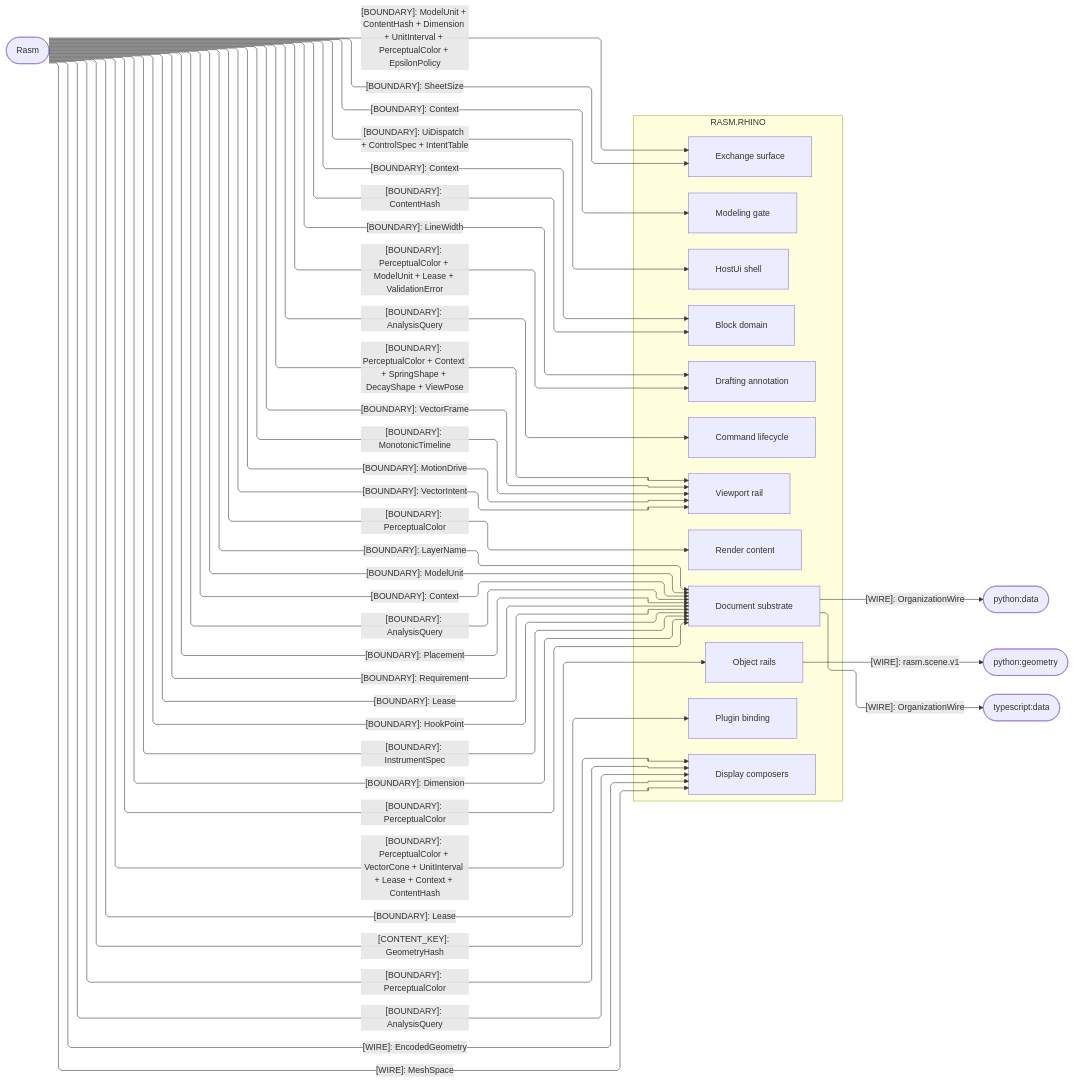
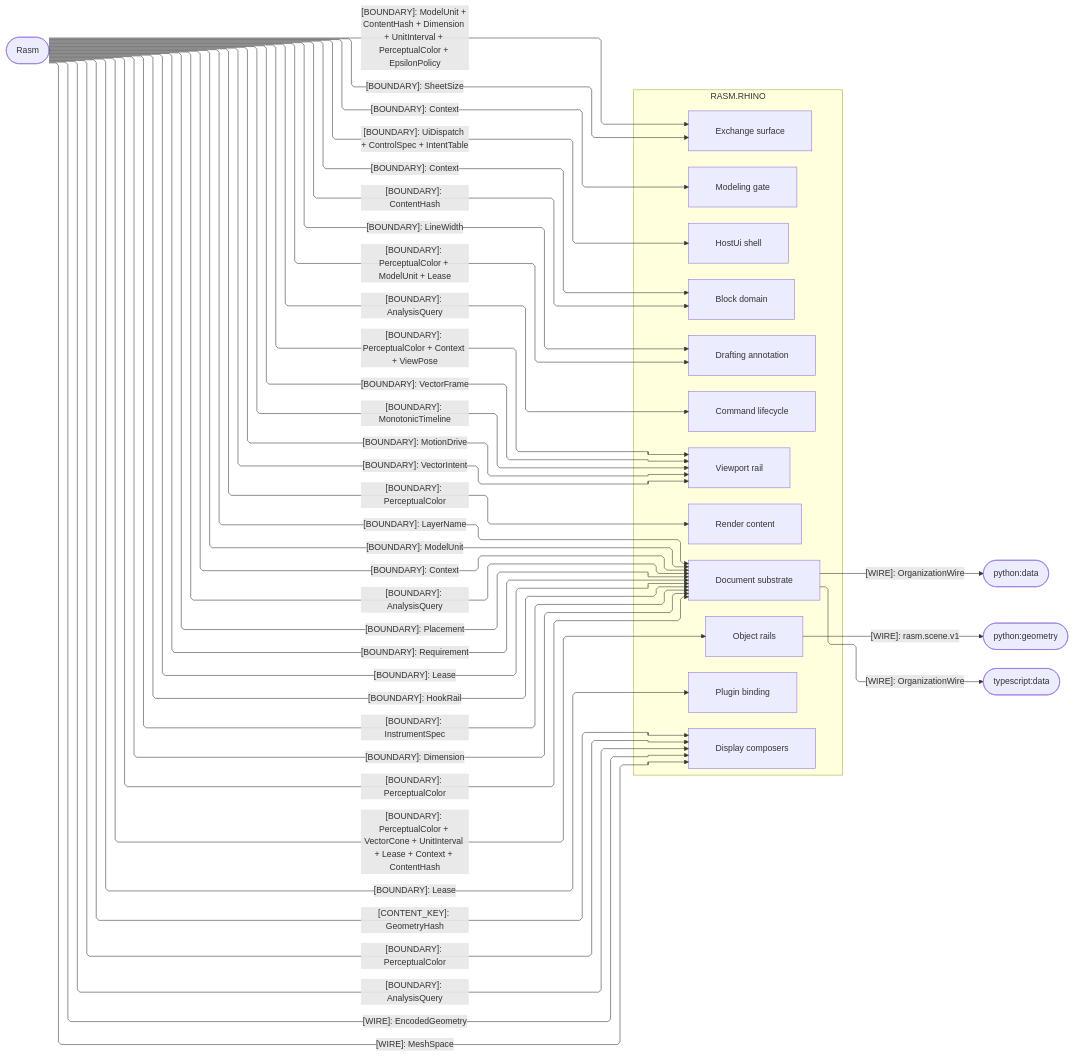
Before and after one commit to bsamiee/Rasm: the second of 3 diagrams in libs/csharp/Rasm.Rhino/ARCHITECTURE.md, drawn with Mermaid. The commit also changed other lines of this file and 56 other files, not shown here.

````diff
--- a/libs/csharp/Rasm.Rhino/ARCHITECTURE.md
+++ b/libs/csharp/Rasm.Rhino/ARCHITECTURE.md
@@ -173,66 +173,66 @@
 ```mermaid
 ---
 config:
   layout: elk
   flowchart:
     curve: linear
     padding: 25
 ---
 flowchart LR
     accTitle: Rasm.Rhino kernel-boundary seams
     accDescr: Which frozen-name kernel contracts the Rhino boundary consumes, one edge per contract family, and which wires its bands emit to peers.
     subgraph rhino[RASM.RHINO]
         Document[Document substrate]
         Objects[Object rails]
         Commands[Command lifecycle]
         Blocks[Block domain]
         Modeling[Modeling gate]
         Annotation[Drafting annotation]
         Viewport[Viewport rail]
         Display[Display composers]
         Render[Render content]
         Exchange[Exchange surface]
         HostUi[HostUi shell]
         Plugin[Plugin binding]
     end
     Rasm([Rasm])
     PyData([python:data])
     PyGeometry([python:geometry])
     TsData([typescript:data])
     Rasm e1@-->|"[BOUNDARY]: ModelUnit"| Document
     Rasm e2@-->|"[BOUNDARY]: Context"| Document
     Rasm e3@-->|"[BOUNDARY]: AnalysisQuery"| Document
     Rasm e4@-->|"[BOUNDARY]: Placement"| Document
     Rasm e5@-->|"[BOUNDARY]: Requirement"| Document
     Rasm e6@-->|"[BOUNDARY]: Lease"| Document
-    Rasm e7@-->|"[BOUNDARY]: HookPoint"| Document
+    Rasm e7@-->|"[BOUNDARY]: HookRail"| Document
     Rasm e8@-->|"[BOUNDARY]: InstrumentSpec"| Document
     Rasm e9@-->|"[BOUNDARY]: Dimension"| Document
     Rasm e10@-->|"[BOUNDARY]: PerceptualColor"| Document
     Rasm e11@-->|"[BOUNDARY]: LayerName"| Document
     Rasm e12@-->|"[BOUNDARY]: VectorFrame"| Viewport
     Rasm e13@-->|"[BOUNDARY]: AnalysisQuery"| Commands
     Rasm e14@-->|"[BOUNDARY]: UiDispatch + ControlSpec + IntentTable"| HostUi
     Rasm e15@-->|"[BOUNDARY]: MonotonicTimeline"| Viewport
     Rasm e16@-->|"[BOUNDARY]: MotionDrive"| Viewport
     Rasm e17@-->|"[BOUNDARY]: SheetSize"| Exchange
     Rasm e18@-->|"[BOUNDARY]: VectorIntent"| Viewport
     Rasm e19@-->|"[BOUNDARY]: Context"| Modeling
     Rasm e20@-->|"[BOUNDARY]: ContentHash"| Blocks
     Rasm e21@-->|"[BOUNDARY]: PerceptualColor"| Display
     Rasm e22@-->|"[BOUNDARY]: AnalysisQuery"| Display
     Rasm e23@-->|"[BOUNDARY]: PerceptualColor"| Render
-    Rasm e24@-->|"[BOUNDARY]: PerceptualColor + Context + SpringShape + DecayShape + ViewPose"| Viewport
-    Rasm e25@-->|"[BOUNDARY]: PerceptualColor + ModelUnit + Lease + ValidationError"| Annotation
+    Rasm e24@-->|"[BOUNDARY]: PerceptualColor + Context + ViewPose"| Viewport
+    Rasm e25@-->|"[BOUNDARY]: PerceptualColor + ModelUnit + Lease"| Annotation
     Rasm e26@-->|"[BOUNDARY]: LineWidth"| Annotation
     Rasm e27@-->|"[BOUNDARY]: Context"| Blocks
     Rasm e28@-->|"[BOUNDARY]: ModelUnit + ContentHash + Dimension + UnitInterval + PerceptualColor + EpsilonPolicy"| Exchange
     Rasm e29@-->|"[BOUNDARY]: Lease"| Plugin
     Rasm e30@-->|"[WIRE]: EncodedGeometry"| Display
     Rasm e31@-->|"[WIRE]: MeshSpace"| Display
     Rasm e32@-->|"[CONTENT_KEY]: GeometryHash"| Display
     Rasm e33@-->|"[BOUNDARY]: PerceptualColor + VectorCone + UnitInterval + Lease + Context + ContentHash"| Objects
     Document e34@-->|"[WIRE]: OrganizationWire"| PyData
     Document e35@-->|"[WIRE]: OrganizationWire"| TsData
     Objects e36@-->|"[WIRE]: rasm.scene.v1"| PyGeometry
 ```
````
